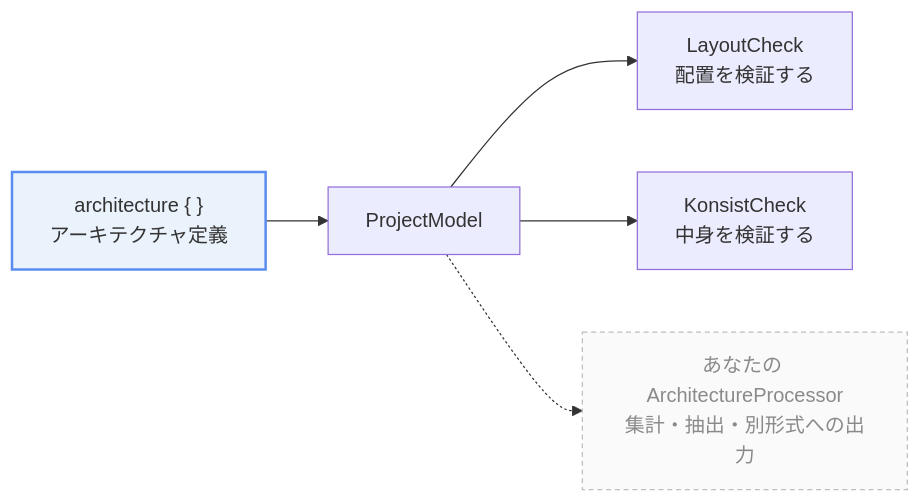
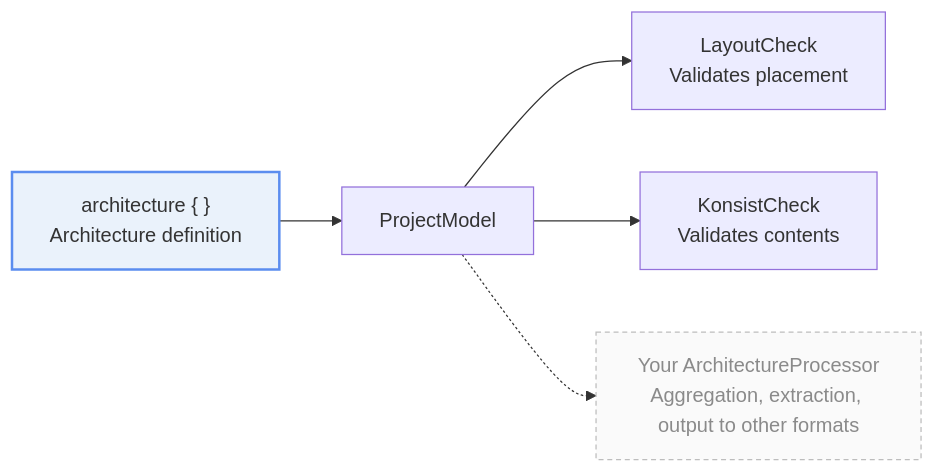
Before and after one commit to TBSten/katachi: the diagram in docs/src/content/docs/guides/processor.mdx, drawn with Mermaid. The commit also changed other lines of this file and 51 other files, not shown here.

````diff
--- a/docs/src/content/docs/guides/processor.mdx
+++ b/docs/src/content/docs/guides/processor.mdx
@@ -24,10 +24,10 @@
 ```mermaid
 flowchart LR
-    D["architecture { }<br/>アーキテクチャ定義"] --> M["ProjectModel"]
-    M --> L["LayoutCheck<br/>配置を検証する"]
-    M --> K["KonsistCheck<br/>中身を検証する"]
-    M -.-> C["あなたの ArchitectureProcessor<br/>集計・抽出・別形式への出力"]
+    D["architecture { }<br/>Architecture definition"] --> M["ProjectModel"]
+    M --> L["LayoutCheck<br/>Validates placement"]
+    M --> K["KonsistCheck<br/>Validates contents"]
+    M -.-> C["Your ArchitectureProcessor<br/>Aggregation, extraction, output to other formats"]
 
     style D fill:#EAF2FB,stroke:#5B8DEF,stroke-width:2px
     style C fill:#FAFAFA,stroke:#BDBDBD,stroke-dasharray:4 3,color:#8A8A8A
 ```
````
